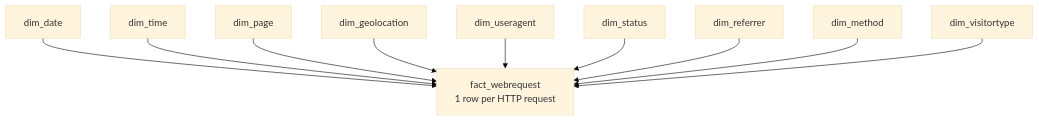
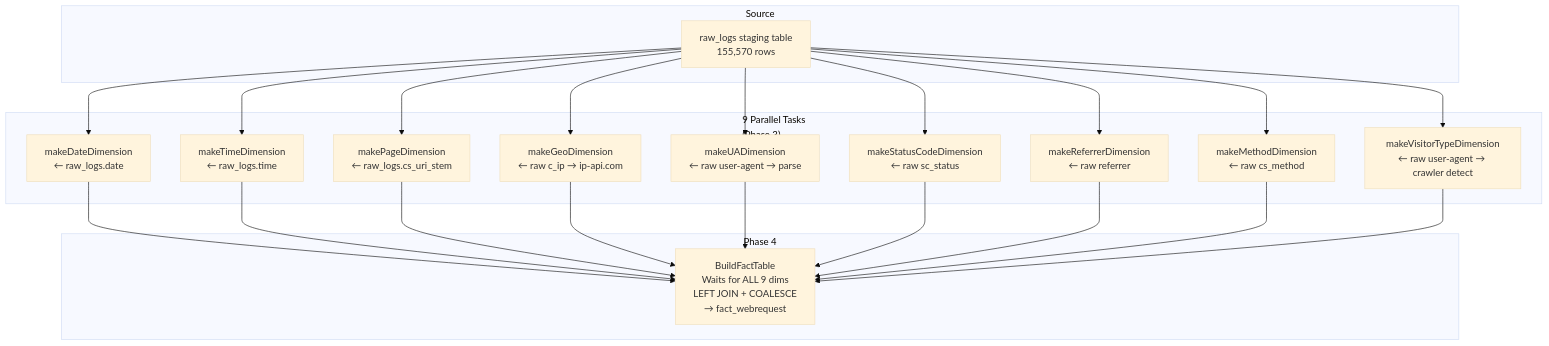
The fourth of 8 diagrams in README.md (AhmedIkram05/w3c-etl-pipeline), drawn with Mermaid (base theme) before and after one commit. The commit also changed other lines of this file, not shown here.

````diff
--- a/README.md
+++ b/README.md
@@ -88,24 +203,42 @@
 ```mermaid
 flowchart TB
-    fact["fact_webrequest<br/>1 row per HTTP request"]
+    subgraph raw_src["Source"]
+        raw["raw_logs staging table<br/>155,570 rows"]
+    end
+    
+    subgraph dims["9 Parallel Tasks<br/>(Phase 3)"]
+        d_date["makeDateDimension<br/>← raw_logs.date"]
+        d_time["makeTimeDimension<br/>← raw_logs.time"]
+        d_page["makePageDimension<br/>← raw_logs.cs_uri_stem"]
+        d_geo["makeGeoDimension<br/>← raw c_ip → ip-api.com"]
+        d_ua["makeUADimension<br/>← raw user-agent → parse"]
+        d_status["makeStatusCodeDimension<br/>← raw sc_status"]
+        d_ref["makeReferrerDimension<br/>← raw referrer"]
+        d_method["makeMethodDimension<br/>← raw cs_method"]
+        d_visitor["makeVisitorTypeDimension<br/>← raw user-agent → crawler detect"]
+    end
+    
+    subgraph phase4["Phase 4"]
+        fact["BuildFactTable<br/>Waits for ALL 9 dims<br/>LEFT JOIN + COALESCE<br/>→ fact_webrequest"]
+    end
 
-    dim_date["dim_date"]
-    dim_time["dim_time"]
-    dim_page["dim_page"]
-    dim_geo["dim_geolocation"]
-    dim_ua["dim_useragent"]
-    dim_status["dim_status"]
-    dim_ref["dim_referrer"]
-    dim_method["dim_method"]
-    dim_visitor["dim_visitortype"]
-
-    dim_date --> fact
-    dim_time --> fact
-    dim_page --> fact
-    dim_geo --> fact
-    dim_ua --> fact
-    dim_status --> fact
-    dim_ref --> fact
-    dim_method --> fact
-    dim_visitor --> fact
+    raw --> d_date
+    raw --> d_time
+    raw --> d_page
+    raw --> d_geo
+    raw --> d_ua
+    raw --> d_status
+    raw --> d_ref
+    raw --> d_method
+    raw --> d_visitor
+    
+    d_date --> fact
+    d_time --> fact
+    d_page --> fact
+    d_geo --> fact
+    d_ua --> fact
+    d_status --> fact
+    d_ref --> fact
+    d_method --> fact
+    d_visitor --> fact
 ```
````
